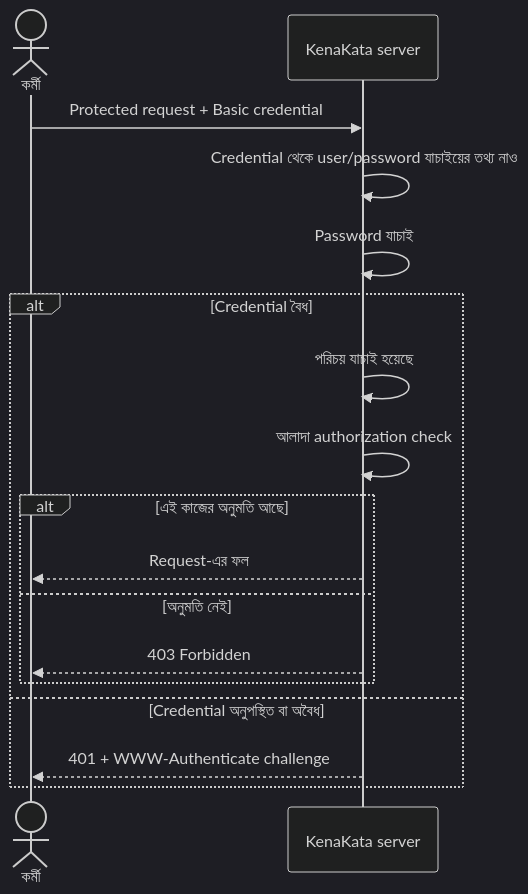
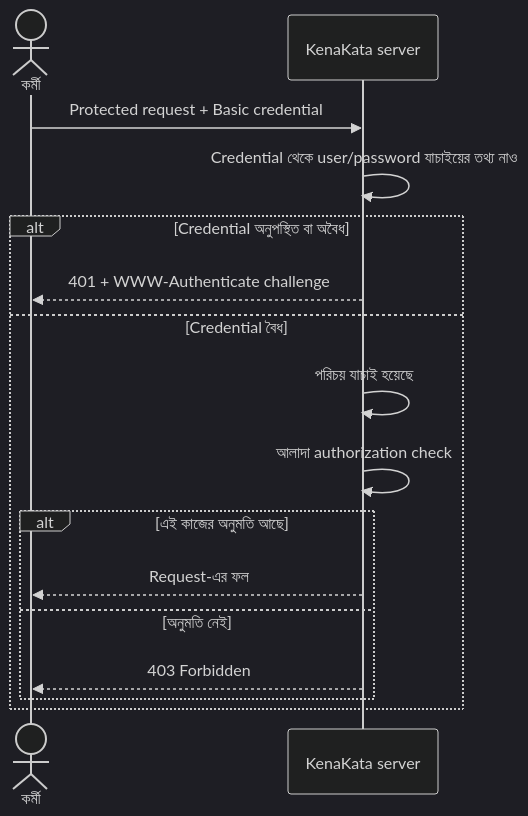
The fifth of 6 diagrams in series/season-1-browser-session-token/01-why-authentication/README.md (shomi-khan/auth-security-journey), drawn with Mermaid (dark theme) before and after one commit. The commit also changed other lines of this file, not shown here.

Commit message:
docs(chapter-1): remove redundant Basic Auth sequence diagram

````diff
--- a/series/season-1-browser-session-token/01-why-authentication/README.md
+++ b/series/season-1-browser-session-token/01-why-authentication/README.md
@@ -255,20 +255,19 @@
 ```mermaid
 sequenceDiagram
     actor Staff as কর্মী
     participant S as KenaKata server
 
     Staff->>S: Protected request + Basic credential
     S->>S: Credential থেকে user/password যাচাইয়ের তথ্য নাও
-    S->>S: Password যাচাই
-    alt Credential বৈধ
+    alt Credential অনুপস্থিত বা অবৈধ
+        S-->>Staff: 401 + WWW-Authenticate challenge
+    else Credential বৈধ
         S->>S: পরিচয় যাচাই হয়েছে
         S->>S: আলাদা authorization check
         alt এই কাজের অনুমতি আছে
             S-->>Staff: Request-এর ফল
         else অনুমতি নেই
             S-->>Staff: 403 Forbidden
         end
-    else Credential অনুপস্থিত বা অবৈধ
-        S-->>Staff: 401 + WWW-Authenticate challenge
     end
 ```
````
